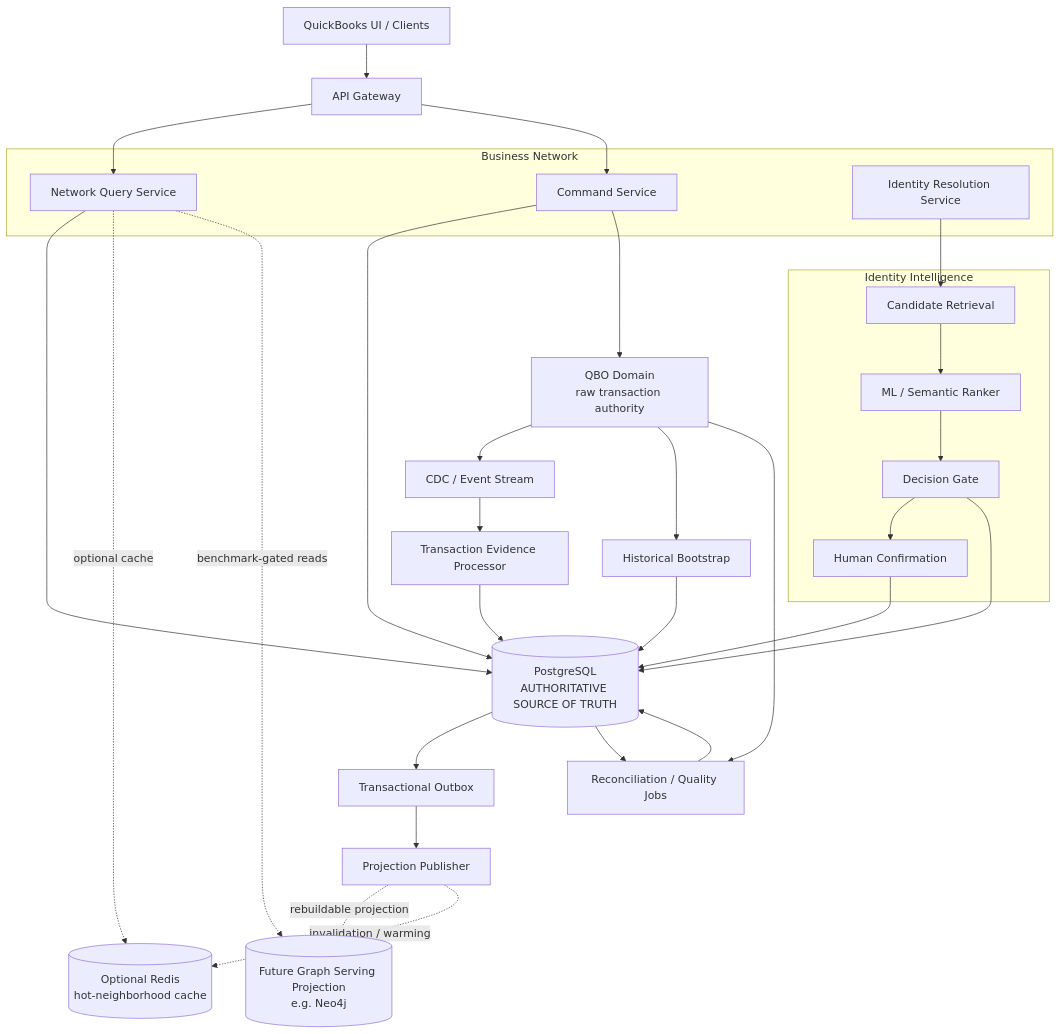
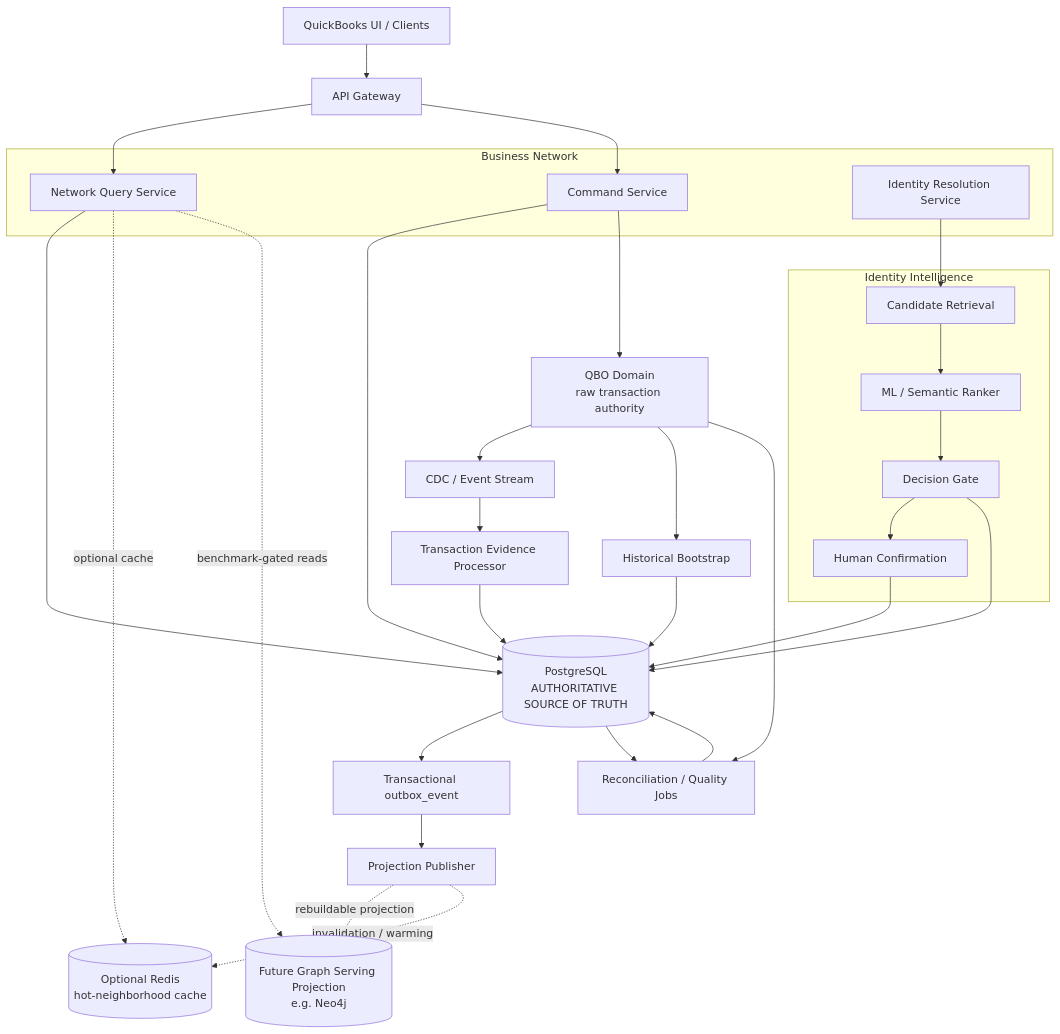
The ninth of 9 diagrams in README.md (goutam-git/quickbooks-business-network-design), drawn with Mermaid before and after one commit. The commit also changed other lines of this file, not shown here.

````diff
--- a/README.md
+++ b/README.md
@@ -1429,57 +1416,57 @@
 ``` mermaid
 flowchart TB
     UI["QuickBooks UI / Clients"]
     GW["API Gateway"]
 
     subgraph SVC["Business Network"]
         QS["Network Query Service"]
         CS["Command Service"]
         IRS["Identity Resolution Service"]
     end
 
     PG[("PostgreSQL<br/>AUTHORITATIVE SOURCE OF TRUTH")]
-    OUT["Transactional Outbox"]
+    OUT["Transactional outbox_event"]
     PUB["Projection Publisher"]
 
     REDIS[("Optional Redis<br/>hot-neighborhood cache")]
     GRAPH[("Future Graph Serving Projection<br/>e.g. Neo4j")]
 
     subgraph AI["Identity Intelligence"]
         RET["Candidate Retrieval"]
         RANK["ML / Semantic Ranker"]
         GATE["Decision Gate"]
         HUMAN["Human Confirmation"]
     end
 
     QBO["QBO Domain<br/>raw transaction authority"]
     EV["CDC / Event Stream"]
     EP["Transaction Evidence Processor"]
     HB["Historical Bootstrap"]
     REC["Reconciliation / Quality Jobs"]
 
     UI --> GW
     GW --> QS
     GW --> CS
 
     QS --> PG
     QS -. optional cache .-> REDIS
     QS -. benchmark-gated reads .-> GRAPH
 
     CS --> PG
     CS --> QBO
     QBO --> EV --> EP --> PG
     QBO --> HB --> PG
 
     IRS --> RET --> RANK --> GATE
     GATE --> HUMAN
     GATE --> PG
     HUMAN --> PG
 
     PG --> OUT --> PUB
     PUB -. rebuildable projection .-> GRAPH
     PUB -. invalidation / warming .-> REDIS
 
     PG --> REC
     QBO --> REC
     REC --> PG
 ```
````
